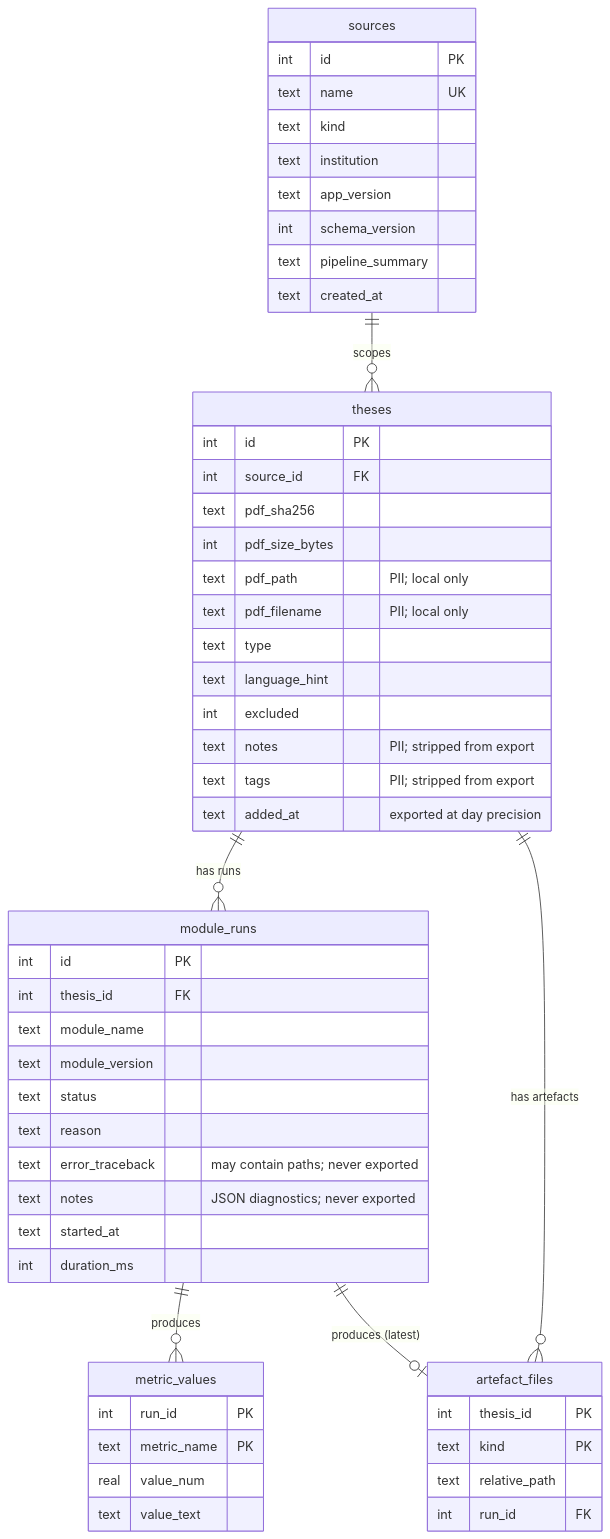
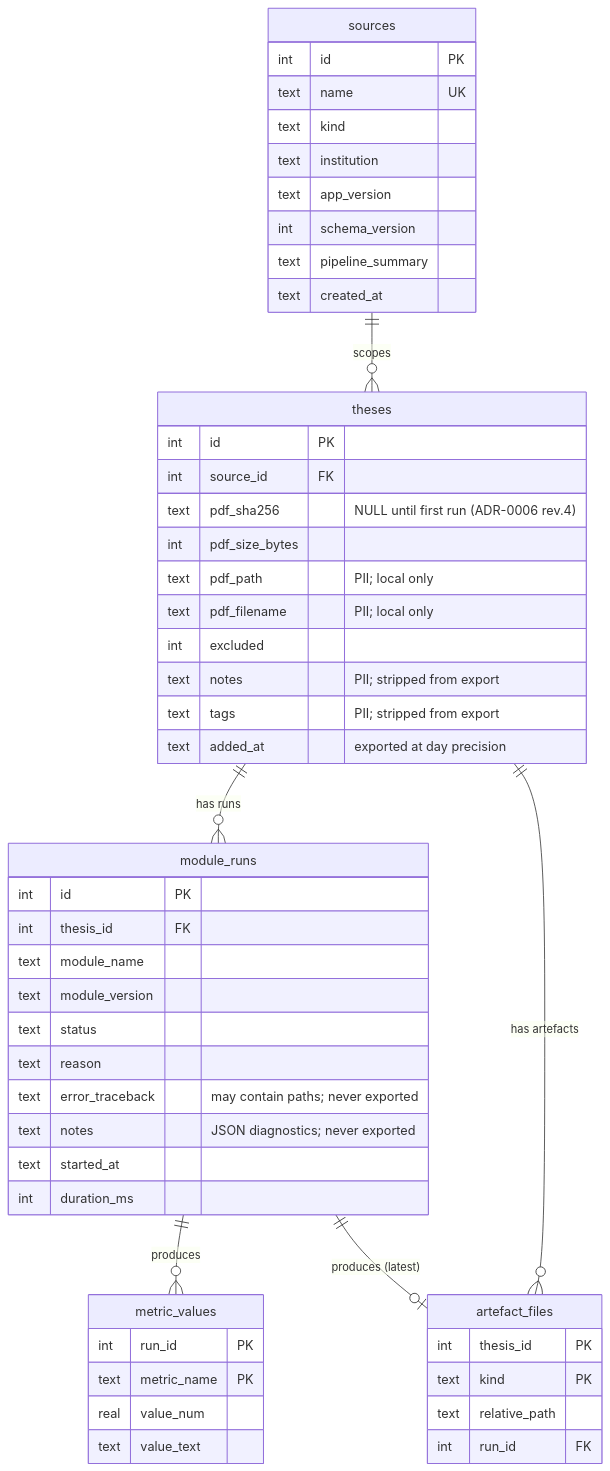
The eighth of 8 diagrams in docs/SDD.md (olistroemer/Thesis_Text_Analyzer), drawn with Mermaid before and after one commit. The commit also changed other lines of this file and 3 other files, not shown here.

First line of the commit message:
docs: SDD-first for core-pass lane (#38 lazy hash, #9 type detection, #17 publication_year)

````diff
--- a/docs/SDD.md
+++ b/docs/SDD.md
@@ -484,56 +493,54 @@
 ```mermaid
 erDiagram
     sources ||--o{ theses : "scopes"
     theses ||--o{ module_runs : "has runs"
     theses ||--o{ artefact_files : "has artefacts"
     module_runs ||--o{ metric_values : "produces"
     module_runs ||--o| artefact_files : "produces (latest)"
     sources {
         int id PK
         text name UK
         text kind
         text institution
         text app_version
         int schema_version
         text pipeline_summary
         text created_at
     }
     theses {
         int id PK
         int source_id FK
-        text pdf_sha256
+        text pdf_sha256 "NULL until first run (ADR-0006 rev.4)"
         int pdf_size_bytes
         text pdf_path "PII; local only"
         text pdf_filename "PII; local only"
-        text type
-        text language_hint
         int excluded
         text notes "PII; stripped from export"
         text tags "PII; stripped from export"
         text added_at "exported at day precision"
     }
     module_runs {
         int id PK
         int thesis_id FK
         text module_name
         text module_version
         text status
         text reason
         text error_traceback "may contain paths; never exported"
         text notes "JSON diagnostics; never exported"
         text started_at
         int duration_ms
     }
     metric_values {
         int run_id PK
         text metric_name PK
         real value_num
         text value_text
     }
     artefact_files {
         int thesis_id PK
         text kind PK
         text relative_path
         int run_id FK
     }
 ```
````
